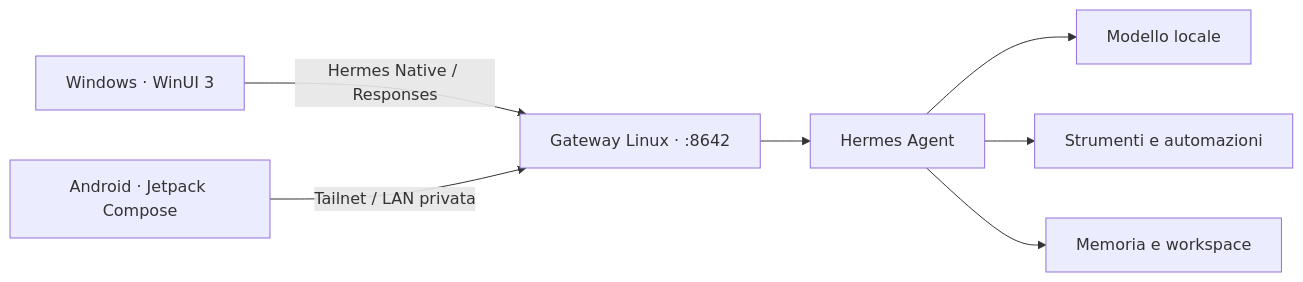
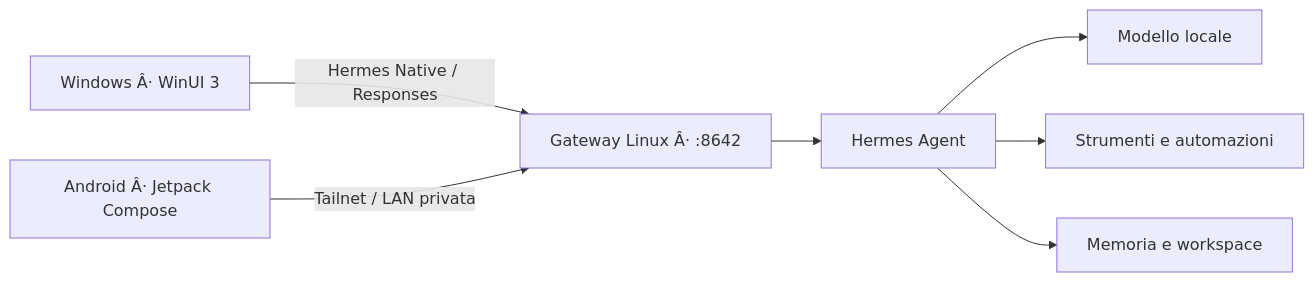
Before and after one commit to JackoPeru/HermesHub: the diagram in README.md, drawn with Mermaid. The commit also changed other lines of this file and 141 other files, not shown here.

````diff
--- a/README.md
+++ b/README.md
@@ -72,9 +72,9 @@
 ```mermaid
 flowchart LR
-    W["Windows · WinUI 3"] -->|Hermes Native / Responses| G["Gateway Linux · :8642"]
-    A["Android · Jetpack Compose"] -->|Tailnet / LAN privata| G
+    W["Windows Â· WinUI 3"] -->|Hermes Native / Responses| G["Gateway Linux Â· :8642"]
+    A["Android Â· Jetpack Compose"] -->|Tailnet / LAN privata| G
     G --> H["Hermes Agent"]
     H --> M["Modello locale"]
     H --> T["Strumenti e automazioni"]
     H --> D["Memoria e workspace"]
 ```
````
